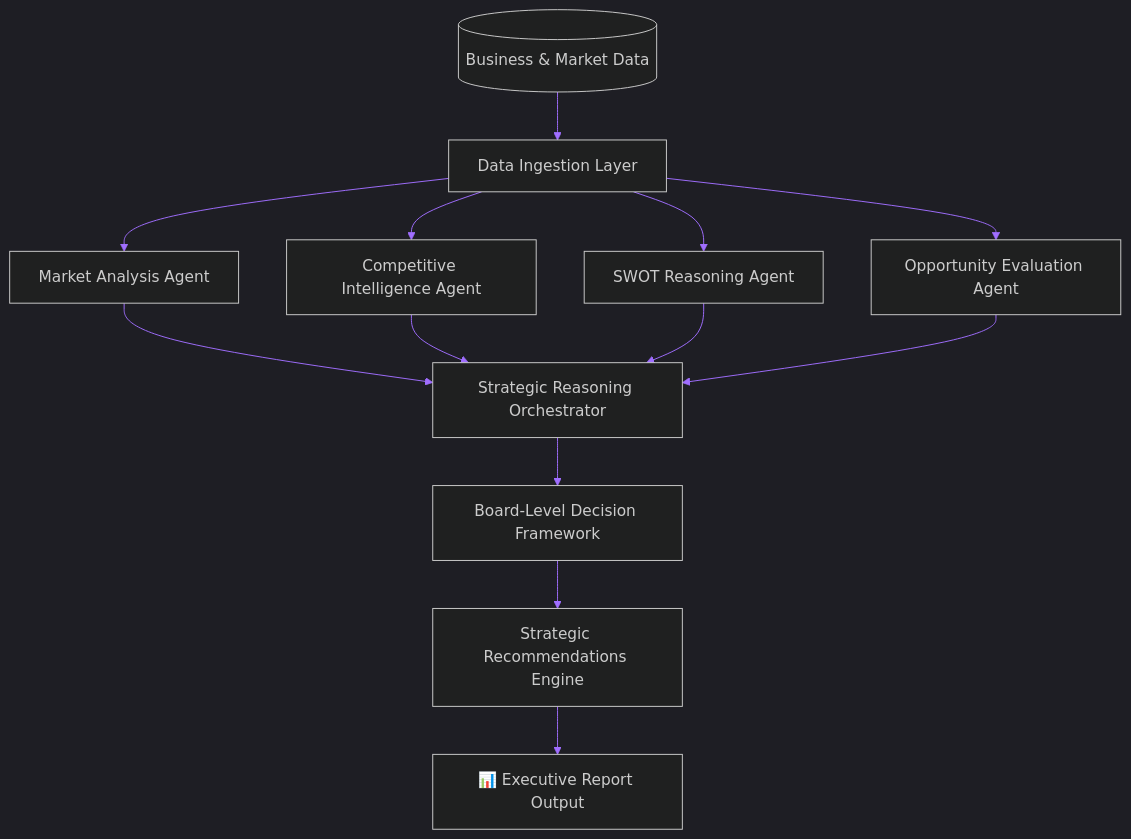
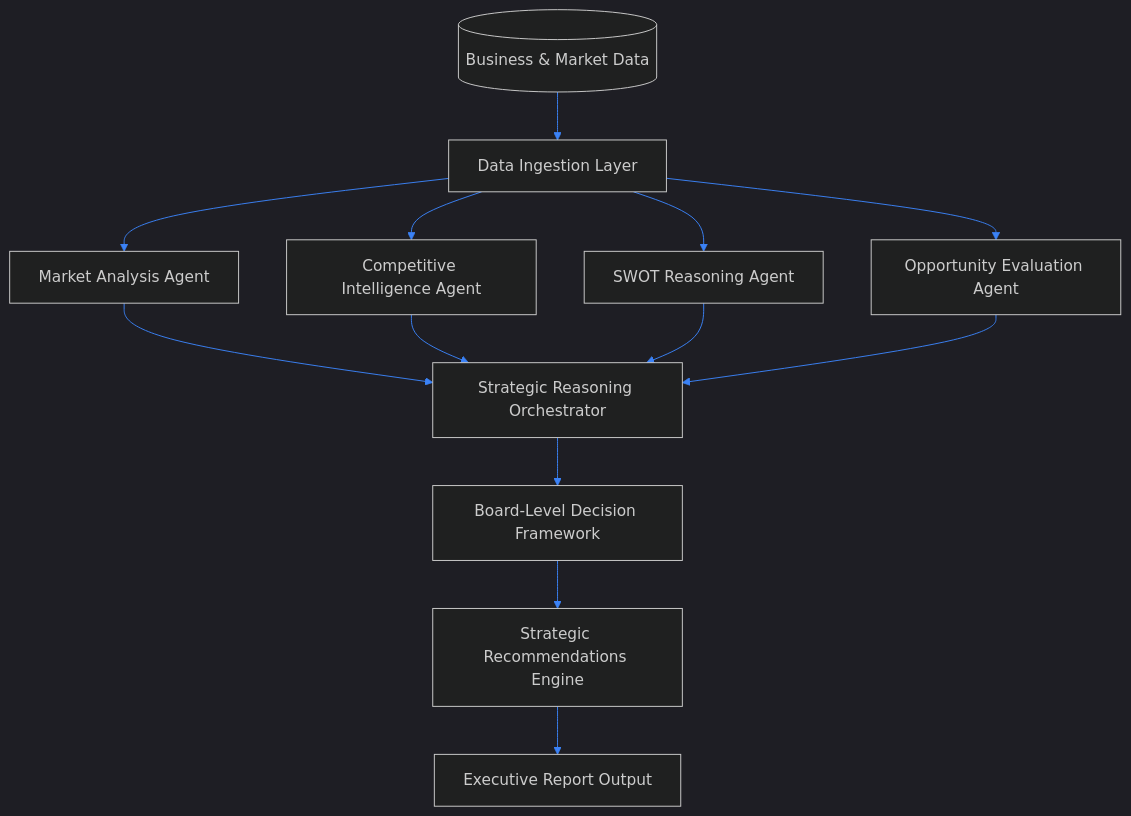
The second of 5 diagrams in README.md (mohammedsohail7790/mohammedsohail7790), drawn with Mermaid before and after one commit. The commit also changed other lines of this file, not shown here.

````diff
--- a/README.md
+++ b/README.md
@@ -122,16 +127,16 @@
 ```mermaid
-%%{init: {'theme':'dark', 'themeVariables': {'primaryColor':'#12141c','primaryTextColor':'#e8e8e8','primaryBorderColor':'#a06eff','lineColor':'#a06eff'}}}%%
+%%{init: {'theme':'dark', 'themeVariables': {'primaryColor':'#0A0E17','primaryTextColor':'#E5E7EB','primaryBorderColor':'#3B82F6','lineColor':'#3B82F6'}}}%%
 flowchart TD
     A[(Business & Market Data)] --> B[Data Ingestion Layer]
     B --> C[Market Analysis Agent]
     B --> D[Competitive Intelligence Agent]
     B --> E[SWOT Reasoning Agent]
     B --> F[Opportunity Evaluation Agent]
     C --> G[Strategic Reasoning Orchestrator]
     D --> G
     E --> G
     F --> G
     G --> H[Board-Level Decision Framework]
     H --> I[Strategic Recommendations Engine]
-    I --> J[📊 Executive Report Output]
+    I --> J[Executive Report Output]
 ```
````
